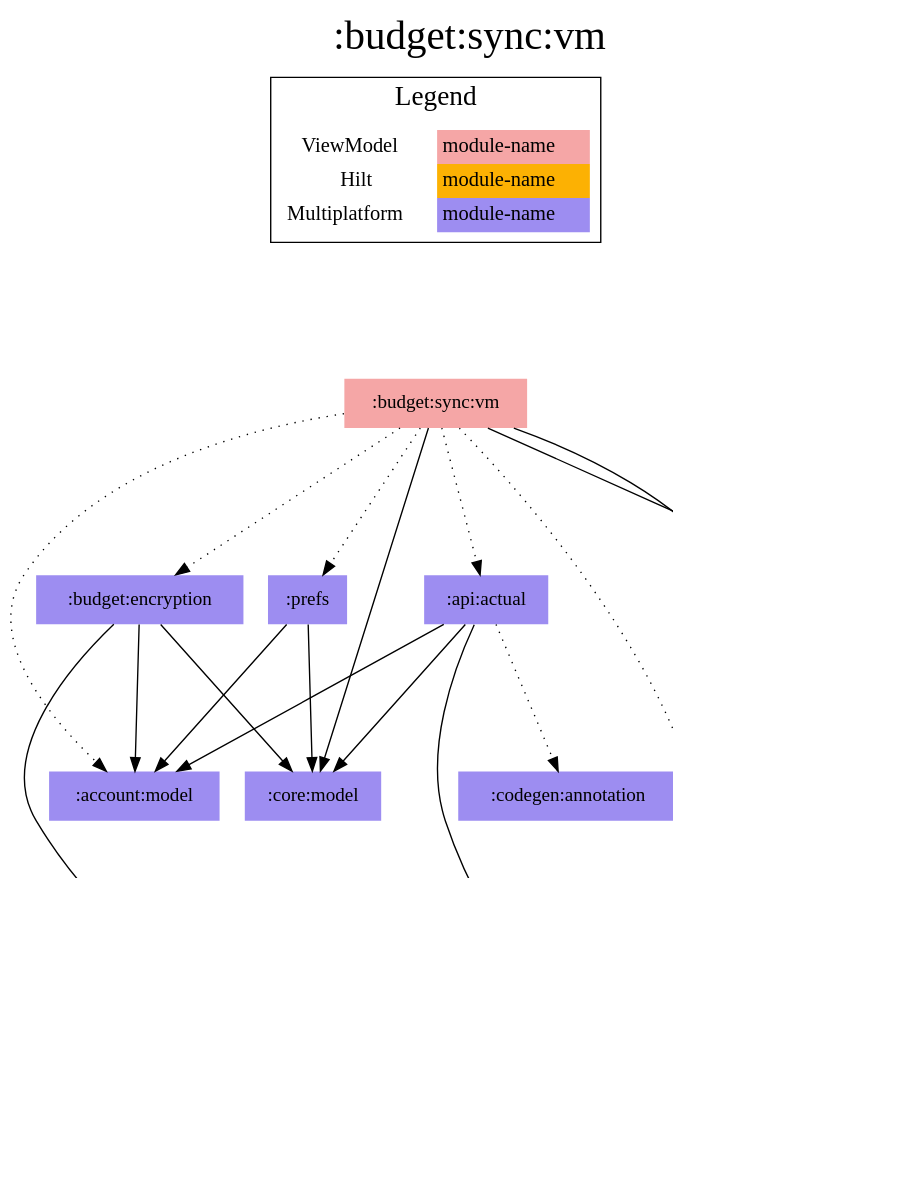
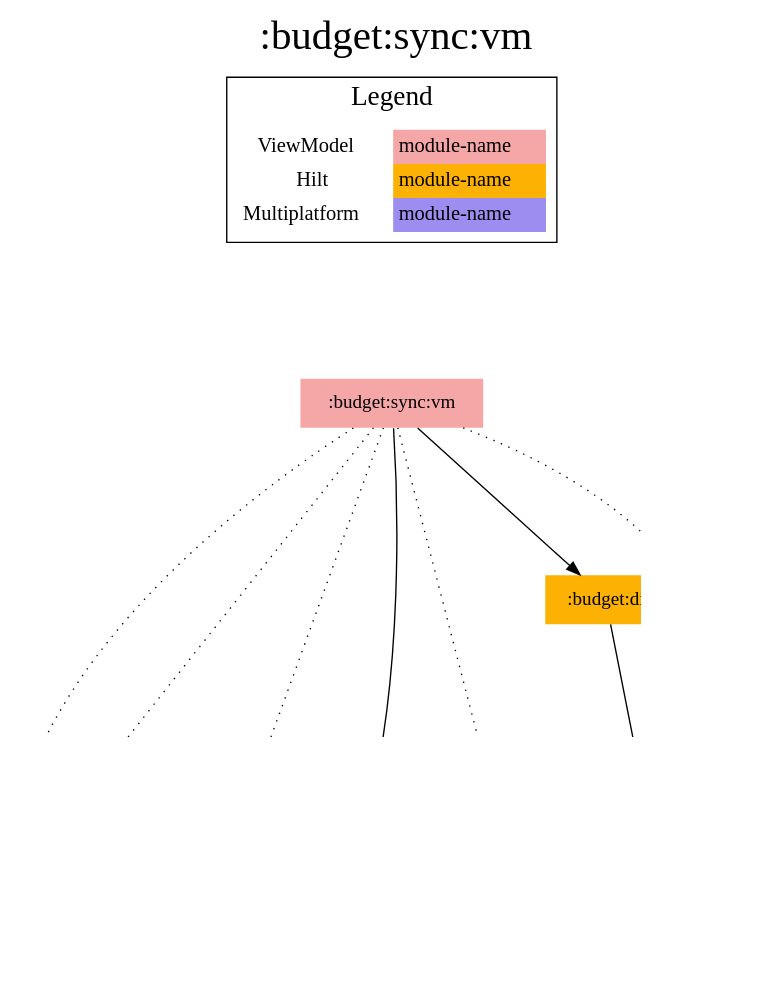
The diagram in modules/budget/sync/vm/modules.dot (jonapoul/aktual), drawn with Graphviz before and after one commit. The commit also changed 118 other files, not shown here.

```diff
--- a/modules/budget/sync/vm/modules.dot
+++ b/modules/budget/sync/vm/modules.dot
@@ -1,52 +1,49 @@
 digraph {
 edge ["dir"="forward"]
 graph ["dpi"="100","label"=":budget:sync:vm","labelloc"="t","fontsize"="30","ranksep"="1.5","rankdir"="TB"]
 node ["style"="filled"]
 ":account:model" ["fillcolor"="#9D8DF1","shape"="none"]
 ":api:actual" ["fillcolor"="#9D8DF1","shape"="none"]
+":budget:db" ["fillcolor"="#9D8DF1","shape"="none"]
 ":budget:di" ["fillcolor"="#FCB103","shape"="none"]
 ":budget:encryption" ["fillcolor"="#9D8DF1","shape"="none"]
 ":budget:model" ["fillcolor"="#9D8DF1","shape"="none"]
 ":budget:sync:vm" ["fillcolor"="#F5A6A6","shape"="none"]
 ":codegen:annotation" ["fillcolor"="#9D8DF1","shape"="none"]
-":core:files" ["fillcolor"="#9D8DF1","shape"="none"]
 ":core:model" ["fillcolor"="#9D8DF1","shape"="none"]
-":db" ["fillcolor"="#9D8DF1","shape"="none"]
 ":prefs" ["fillcolor"="#9D8DF1","shape"="none"]
 {
 edge ["dir"="none"]
 graph ["rank"="same"]
 }
 ":api:actual" -> ":account:model"
 ":api:actual" -> ":budget:model"
 ":api:actual" -> ":codegen:annotation" ["style"="dotted"]
 ":api:actual" -> ":core:model"
-":budget:di" -> ":db"
+":budget:db" -> ":budget:model"
+":budget:db" -> ":core:model"
+":budget:di" -> ":budget:db"
 ":budget:encryption" -> ":account:model"
 ":budget:encryption" -> ":budget:model"
 ":budget:encryption" -> ":core:model"
 ":budget:sync:vm" -> ":account:model" ["style"="dotted"]
 ":budget:sync:vm" -> ":api:actual" ["style"="dotted"]
 ":budget:sync:vm" -> ":budget:di"
 ":budget:sync:vm" -> ":budget:encryption" ["style"="dotted"]
 ":budget:sync:vm" -> ":budget:model" ["style"="dotted"]
-":budget:sync:vm" -> ":core:files"
 ":budget:sync:vm" -> ":core:model"
 ":budget:sync:vm" -> ":prefs" ["style"="dotted"]
-":core:files" -> ":budget:model"
-":db" -> ":budget:model"
-":db" -> ":core:files"
 ":prefs" -> ":account:model"
 ":prefs" -> ":core:model"
 subgraph "cluster_legend" {
 edge ["dir"="none"]
 graph ["label"="Legend","fontsize"="20"]
 "Legend" ["style"="filled","fillcolor"="#FFFFFF","shape"="none","margin"="0","fontsize"="15","label"=<
 <TABLE BORDER="0" CELLBORDER="0" CELLSPACING="0" CELLPADDING="4">
 <TR><TD>ViewModel</TD><TD BGCOLOR="#F5A6A6">module-name</TD></TR>
 <TR><TD>Hilt</TD><TD BGCOLOR="#FCB103">module-name</TD></TR>
 <TR><TD>Multiplatform</TD><TD BGCOLOR="#9D8DF1">module-name</TD></TR>
 </TABLE>
 >]
 } -> ":budget:sync:vm" ["style"="invis"]
 }
```
